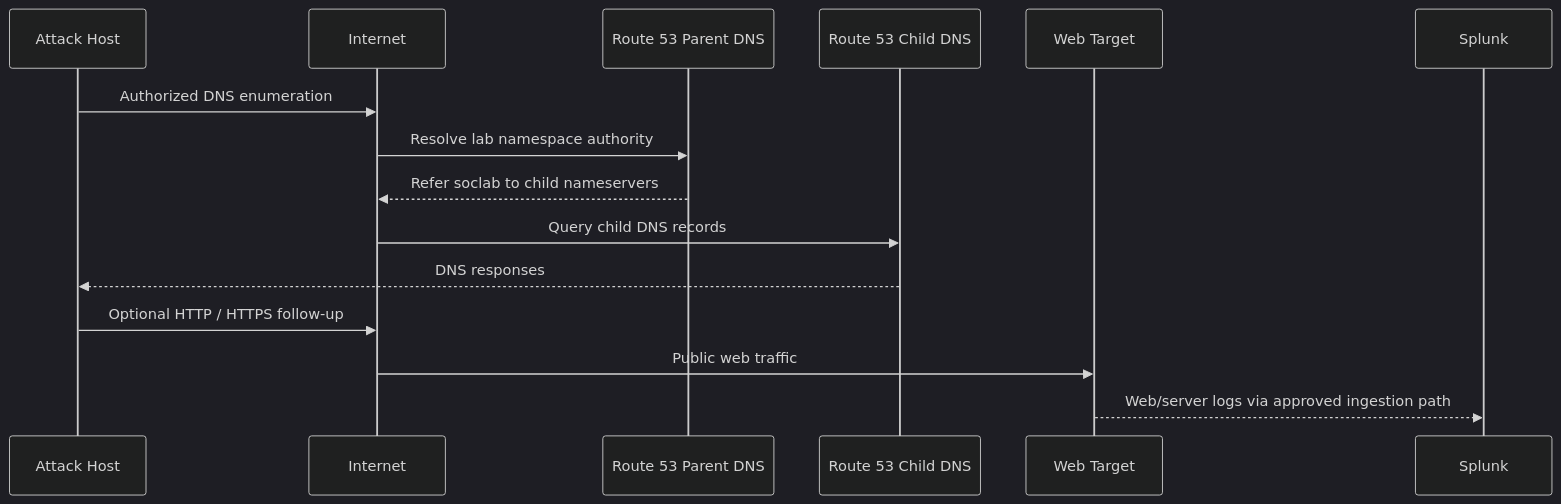
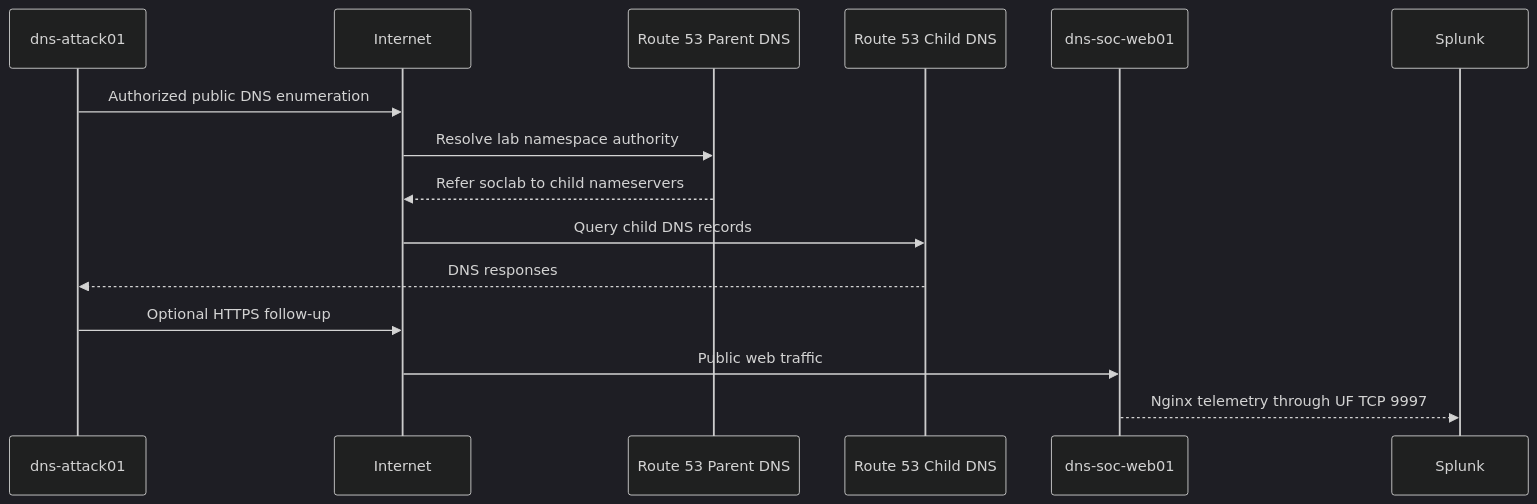
The second of 4 diagrams in 01-network-architecture/traffic-flow.md (DNS-SOC-Lab/DNS-Lab-Infrastructure), drawn with Mermaid (dark theme) before and after one commit. The commit also changed other lines of this file and 2 other files, not shown here.

Commit message:
docs(network): map the telemetry paths

````diff
--- a/01-network-architecture/traffic-flow.md
+++ b/01-network-architecture/traffic-flow.md
@@ -25,18 +25,18 @@
 ```mermaid
 sequenceDiagram
-    participant A as Attack Host
+    participant A as dns-attack01
     participant I as Internet
     participant P as Route 53 Parent DNS
     participant C as Route 53 Child DNS
-    participant W as Web Target
+    participant W as dns-soc-web01
     participant S as Splunk
 
-    A->>I: Authorized DNS enumeration
+    A->>I: Authorized public DNS enumeration
     I->>P: Resolve lab namespace authority
     P-->>I: Refer soclab to child nameservers
     I->>C: Query child DNS records
     C-->>A: DNS responses
-    A->>I: Optional HTTP / HTTPS follow-up
+    A->>I: Optional HTTPS follow-up
     I->>W: Public web traffic
-    W-->>S: Web/server logs via approved ingestion path
+    W-->>S: Nginx telemetry through UF TCP 9997
 ```
````
